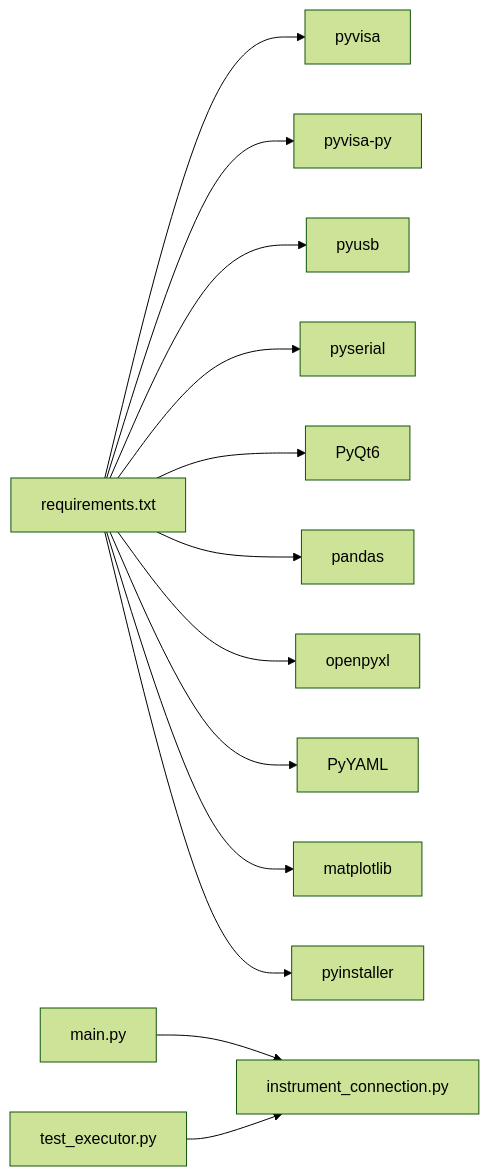
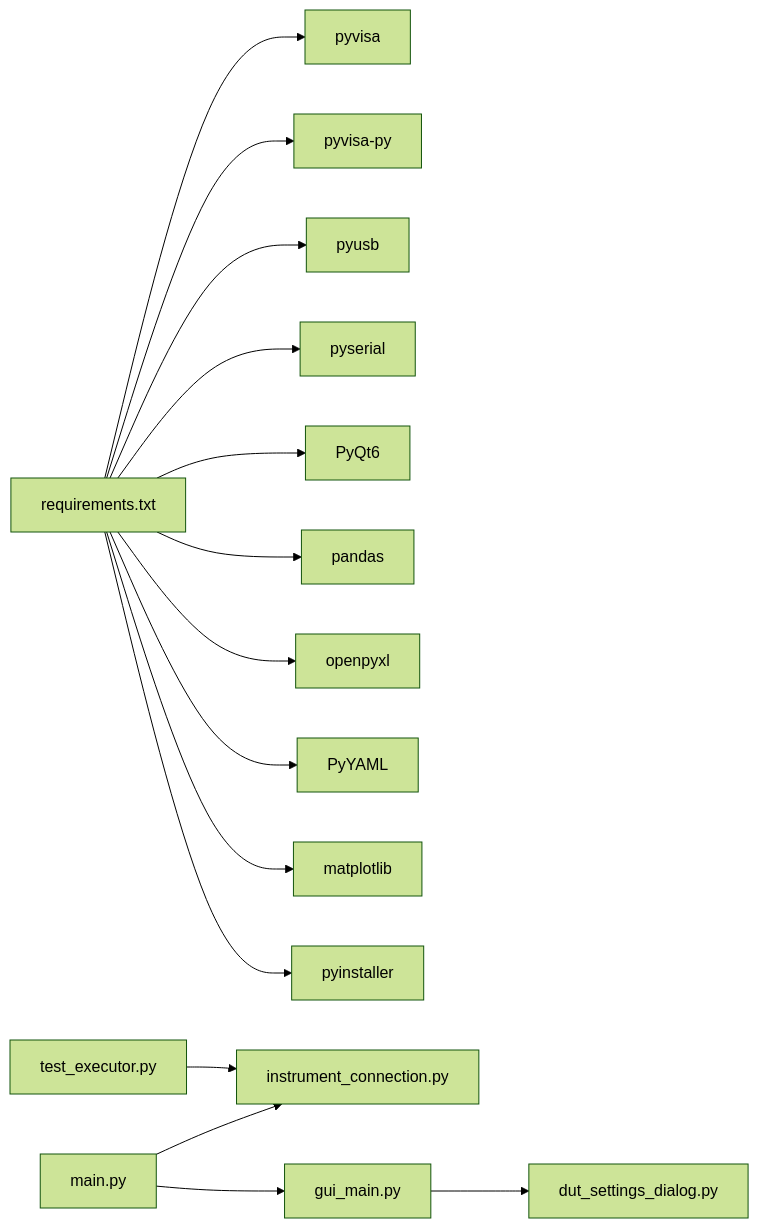
The seventh of 7 diagrams in .qoder/repowiki/zh/content/API 参考文档/仪器连接 API.md (TTaO0928/CMW500_BLE_Test_release), drawn with Mermaid (forest theme) before and after one commit. The commit also changed other lines of this file and 2082 other files, not shown here.

````diff
--- a/.qoder/repowiki/zh/content/API 参考文档/仪器连接 API.md
+++ b/.qoder/repowiki/zh/content/API 参考文档/仪器连接 API.md
@@ -273,15 +337,17 @@
 ```mermaid
 graph LR
 REQ["requirements.txt"] --> PYVISA["pyvisa"]
 REQ --> PYVISAPY["pyvisa-py"]
 REQ --> PYUSB["pyusb"]
 REQ --> PYSERIAL["pyserial"]
 REQ --> PYQT6["PyQt6"]
 REQ --> PANDAS["pandas"]
 REQ --> OPENPYXL["openpyxl"]
 REQ --> YAML["PyYAML"]
 REQ --> MPL["matplotlib"]
 REQ --> PI["pyinstaller"]
 MAIN["main.py"] --> INSTR["instrument_connection.py"]
+MAIN --> GUI["gui_main.py"]
+GUI --> DUT["dut_settings_dialog.py"]
 TEST["test_executor.py"] --> INSTR
 ```
````
